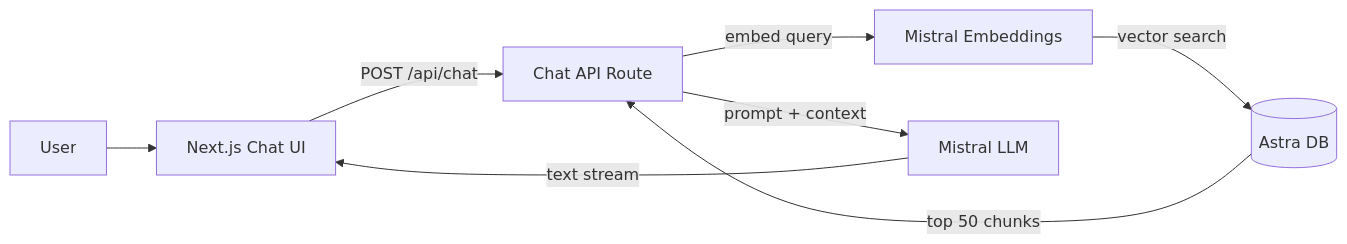
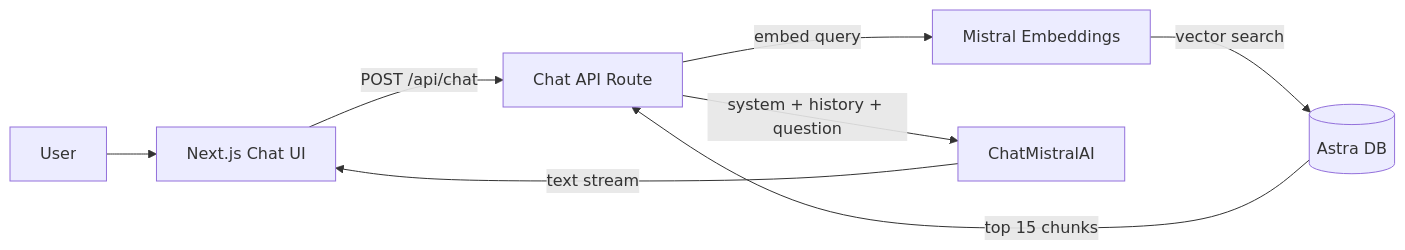
One commit to smk87/f1-ai-langchain changed the diagram in README.md. Above: the diagram before and after it, drawn with Mermaid. The commit also changed other lines of this file and 4 other files, not shown here.

Commit message:
refactor: update dependencies and enhance chat functionality with LangChain integration, including multi-turn support and improved prompt handling

````diff
--- a/README.md
+++ b/README.md
@@ -33,10 +36,10 @@
 ```mermaid
 flowchart LR
     User[User] --> UI[Next.js Chat UI]
     UI -->|POST /api/chat| API[Chat API Route]
     API -->|embed query| MistralEmb[Mistral Embeddings]
     MistralEmb -->|vector search| Astra[(Astra DB)]
-    Astra -->|top 50 chunks| API
-    API -->|prompt + context| MistralLLM[Mistral LLM]
+    Astra -->|top 15 chunks| API
+    API -->|system + history + question| MistralLLM[ChatMistralAI]
     MistralLLM -->|text stream| UI
 ```
````
